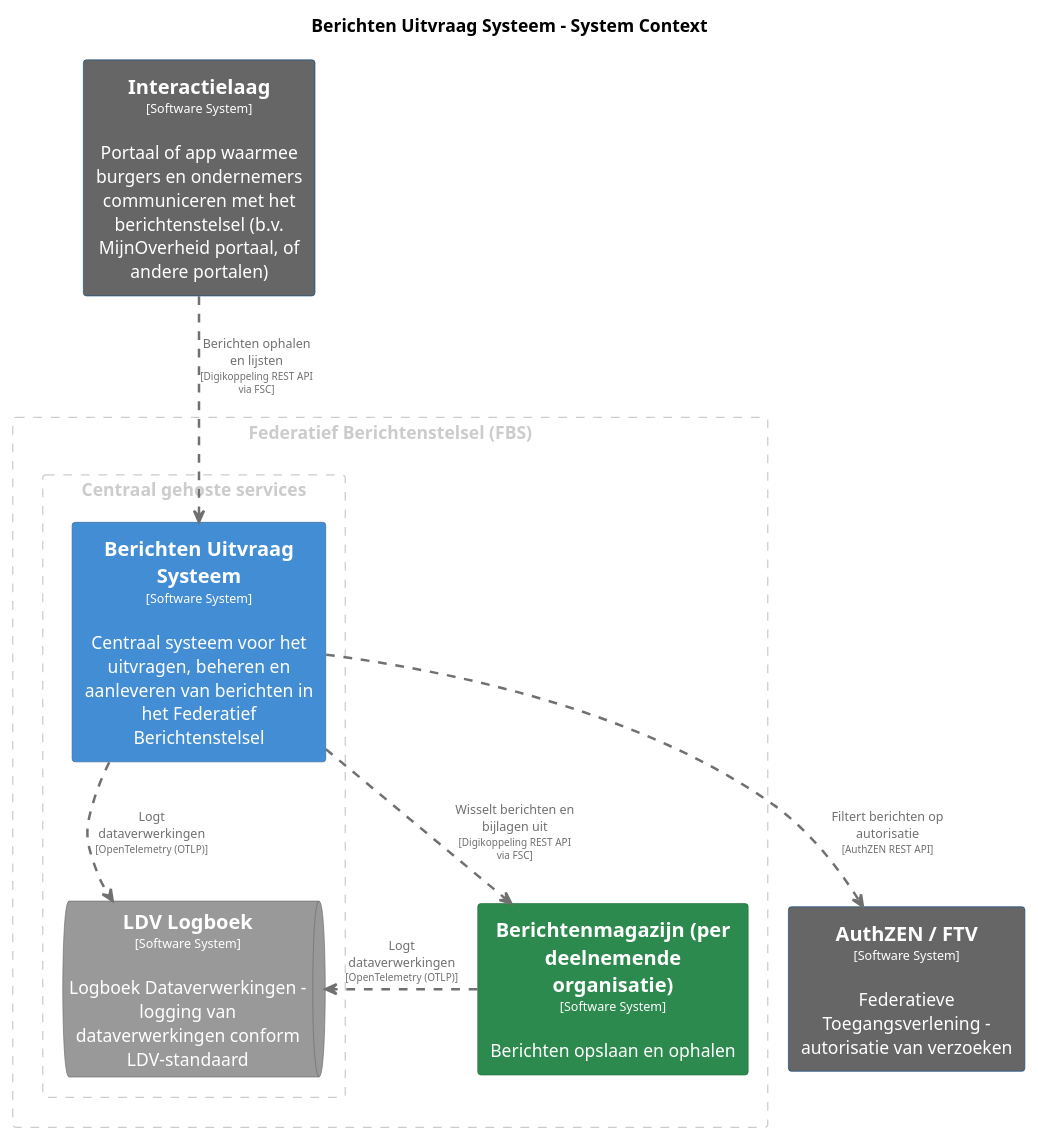
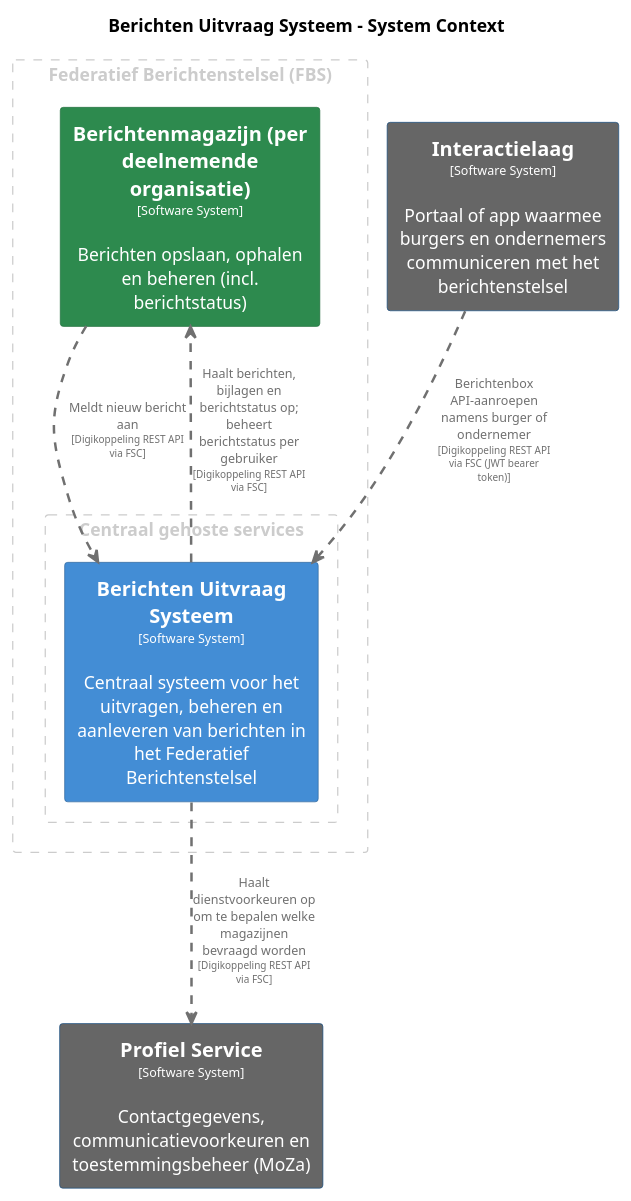
Before and after one commit to MinBZK/moza-poc-fbs-berichtenbox: the diagram in master/puml/BerichtenUitvraagSysteem.puml, drawn with PlantUML. The commit also changed 91 other files, not shown here.

```diff
--- a/master/puml/BerichtenUitvraagSysteem.puml
+++ b/master/puml/BerichtenUitvraagSysteem.puml
@@ -1,74 +1,66 @@
 @startuml
 set separator none
 title Berichten Uitvraag Systeem - System Context
 
 top to bottom direction
 skinparam ranksep 60
 skinparam nodesep 30
 
 skinparam {
   arrowFontSize 10
   defaultTextAlignment center
   wrapWidth 200
   maxMessageSize 100
 }
 
 hide stereotype
 
-skinparam rectangle<<AuthZENFTV>> {
-  BackgroundColor #666666
-  FontColor #ffffff
-  BorderColor #0b4884
-  shadowing false
-}
 skinparam rectangle<<BerichtenUitvraagSysteem>> {
   BackgroundColor #438dd5
   FontColor #ffffff
   BorderColor #2e6295
   shadowing false
 }
 skinparam rectangle<<Berichtenmagazijnperdeelnemendeorganisatie>> {
   BackgroundColor #2d8a4e
   FontColor #ffffff
   BorderColor #1e6b38
   shadowing false
 }
 skinparam rectangle<<Interactielaag>> {
   BackgroundColor #666666
   FontColor #ffffff
   BorderColor #0b4884
   shadowing false
 }
-skinparam queue<<LDVLogboek>> {
-  BackgroundColor #999999
+skinparam rectangle<<ProfielService>> {
+  BackgroundColor #666666
   FontColor #ffffff
-  BorderColor #6b6b6b
+  BorderColor #0b4884
   shadowing false
 }
 
 rectangle "Federatief Berichtenstelsel (FBS)" <<group1>> as group1 {
   skinparam RectangleBorderColor<<group1>> #cccccc
   skinparam RectangleFontColor<<group1>> #cccccc
   skinparam RectangleBorderStyle<<group1>> dashed
 
-  rectangle "==Berichtenmagazijn (per deelnemende organisatie)\n<size:10>[Software System]</size>\n\nBerichten opslaan en ophalen" <<Berichtenmagazijnperdeelnemendeorganisatie>> as Berichtenmagazijnperdeelnemendeorganisatie
+  rectangle "==Berichtenmagazijn (per deelnemende organisatie)\n<size:10>[Software System]</size>\n\nBerichten opslaan, ophalen en beheren (incl. berichtstatus)" <<Berichtenmagazijnperdeelnemendeorganisatie>> as Berichtenmagazijnperdeelnemendeorganisatie
     rectangle "Centraal gehoste services" <<group2>> as group2 {
       skinparam RectangleBorderColor<<group2>> #cccccc
       skinparam RectangleFontColor<<group2>> #cccccc
       skinparam RectangleBorderStyle<<group2>> dashed
 
       rectangle "==Berichten Uitvraag Systeem\n<size:10>[Software System]</size>\n\nCentraal systeem voor het uitvragen, beheren en aanleveren van berichten in het Federatief Berichtenstelsel" <<BerichtenUitvraagSysteem>> as BerichtenUitvraagSysteem
-      queue "==LDV Logboek\n<size:10>[Software System]</size>\n\nLogboek Dataverwerkingen - logging van dataverwerkingen conform LDV-standaard" <<LDVLogboek>> as LDVLogboek
     }
 
 }
 
-rectangle "==AuthZEN / FTV\n<size:10>[Software System]</size>\n\nFederatieve Toegangsverlening - autorisatie van verzoeken" <<AuthZENFTV>> as AuthZENFTV
-rectangle "==Interactielaag\n<size:10>[Software System]</size>\n\nPortaal of app waarmee burgers en ondernemers communiceren met het berichtenstelsel (b.v. MijnOverheid portaal, of andere portalen)" <<Interactielaag>> as Interactielaag
+rectangle "==Profiel Service\n<size:10>[Software System]</size>\n\nContactgegevens, communicatievoorkeuren en toestemmingsbeheer (MoZa)" <<ProfielService>> as ProfielService
+rectangle "==Interactielaag\n<size:10>[Software System]</size>\n\nPortaal of app waarmee burgers en ondernemers communiceren met het berichtenstelsel" <<Interactielaag>> as Interactielaag
 
-BerichtenUitvraagSysteem .[#707070,thickness=2].> LDVLogboek : "<color:#707070>Logt dataverwerkingen\n<color:#707070><size:8>[OpenTelemetry (OTLP)]</size>"
-BerichtenUitvraagSysteem .[#707070,thickness=2].> Berichtenmagazijnperdeelnemendeorganisatie : "<color:#707070>Wisselt berichten en bijlagen uit\n<color:#707070><size:8>[Digikoppeling REST API via FSC]</size>"
-Interactielaag .[#707070,thickness=2].> BerichtenUitvraagSysteem : "<color:#707070>Berichten ophalen en lijsten\n<color:#707070><size:8>[Digikoppeling REST API via FSC]</size>"
-BerichtenUitvraagSysteem .[#707070,thickness=2].> AuthZENFTV : "<color:#707070>Filtert berichten op autorisatie\n<color:#707070><size:8>[AuthZEN REST API]</size>"
-Berichtenmagazijnperdeelnemendeorganisatie .[#707070,thickness=2].> LDVLogboek : "<color:#707070>Logt dataverwerkingen\n<color:#707070><size:8>[OpenTelemetry (OTLP)]</size>"
+Berichtenmagazijnperdeelnemendeorganisatie .[#707070,thickness=2].> BerichtenUitvraagSysteem : "<color:#707070>Meldt nieuw bericht aan\n<color:#707070><size:8>[Digikoppeling REST API via FSC]</size>"
+BerichtenUitvraagSysteem .[#707070,thickness=2].> ProfielService : "<color:#707070>Haalt dienstvoorkeuren op om te bepalen welke magazijnen bevraagd worden\n<color:#707070><size:8>[Digikoppeling REST API via FSC]</size>"
+BerichtenUitvraagSysteem .[#707070,thickness=2].> Berichtenmagazijnperdeelnemendeorganisatie : "<color:#707070>Haalt berichten, bijlagen en berichtstatus op; beheert berichtstatus per gebruiker\n<color:#707070><size:8>[Digikoppeling REST API via FSC]</size>"
+Interactielaag .[#707070,thickness=2].> BerichtenUitvraagSysteem : "<color:#707070>Berichtenbox API-aanroepen namens burger of ondernemer\n<color:#707070><size:8>[Digikoppeling REST API via FSC (JWT bearer token)]</size>"
 @enduml
```
